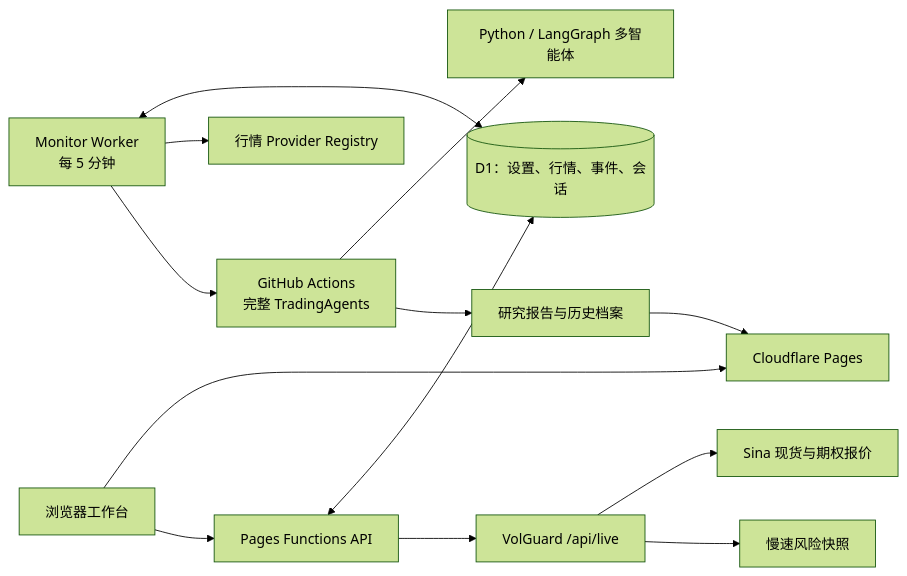
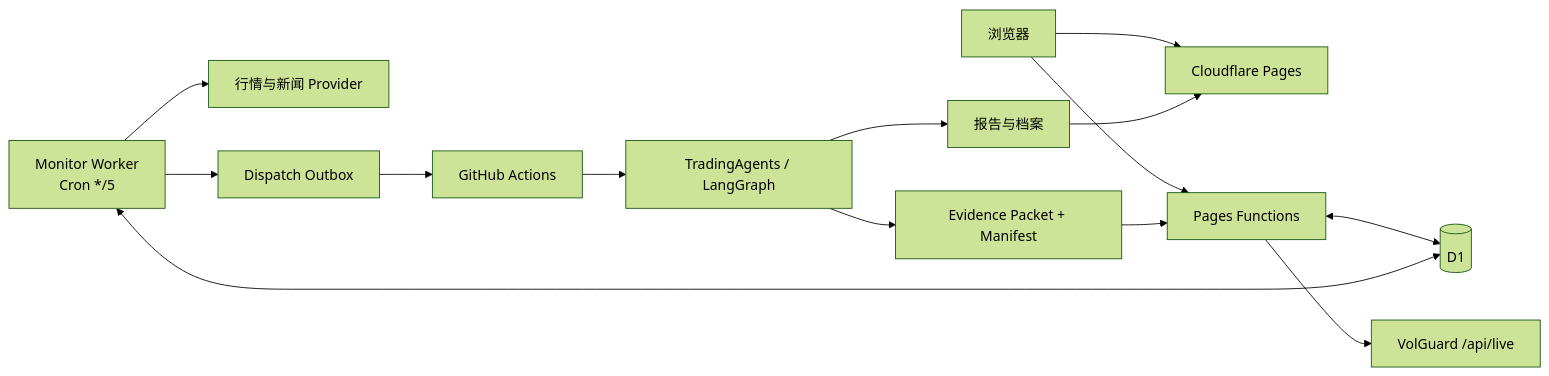
The first of 3 diagrams in README.md (gaaiyun/TradingWorkbench), drawn with Mermaid (forest theme) before and after one commit. The commit also changed other lines of this file and 4 other files, not shown here.

````diff
--- a/README.md
+++ b/README.md
@@ -50,15 +54,16 @@
 ```mermaid
 flowchart LR
-    U["浏览器工作台"] --> P["Cloudflare Pages"]
-    U --> F["Pages Functions API"]
-    F <--> D[("D1：设置、行情、事件、会话")]
-    W["Monitor Worker<br/>每 5 分钟"] <--> D
-    W --> R["行情 Provider Registry"]
-    W --> G["GitHub Actions<br/>完整 TradingAgents"]
-    G --> A["Python / LangGraph 多智能体"]
-    G --> O["研究报告与历史档案"]
-    O --> P
+    B["浏览器"] --> P["Cloudflare Pages"]
+    B --> F["Pages Functions"]
+    F <--> D[("D1")]
+    W["Monitor Worker<br/>Cron */5"] <--> D
+    W --> R["行情与新闻 Provider"]
+    W --> O["Dispatch Outbox"]
+    O --> G["GitHub Actions"]
+    G --> T["TradingAgents / LangGraph"]
+    T --> E["Evidence Packet + Manifest"]
+    T --> A["报告与档案"]
+    E --> F
+    A --> P
     F --> V["VolGuard /api/live"]
-    V --> Q["Sina 现货与期权报价"]
-    V --> S["慢速风险快照"]
 ```
````
